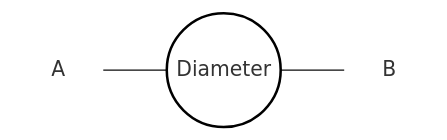
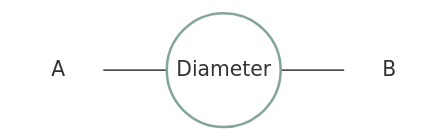
The third of 4 diagrams in content/numerical-methods-and-analysis-cse0541227.md (xnocode/garden), drawn with Mermaid (base theme) before and after one commit. The commit also changed other lines of this file and 6 other files, not shown here.

````diff
--- a/content/numerical-methods-and-analysis-cse0541227.md
+++ b/content/numerical-methods-and-analysis-cse0541227.md
@@ -518,12 +518,9 @@
 ```mermaid
 flowchart LR
-    A--- C(("Diameter"))
+    A --- C(("Diameter"))
     C --- B
 
-    style C fill:none,stroke:#000,stroke-width:2px
+    style C fill:none,stroke:#84a59d,stroke-width:2px
     style A fill:none,stroke:none
     style B fill:none,stroke:none
-    
-    
-    
 ```
````
